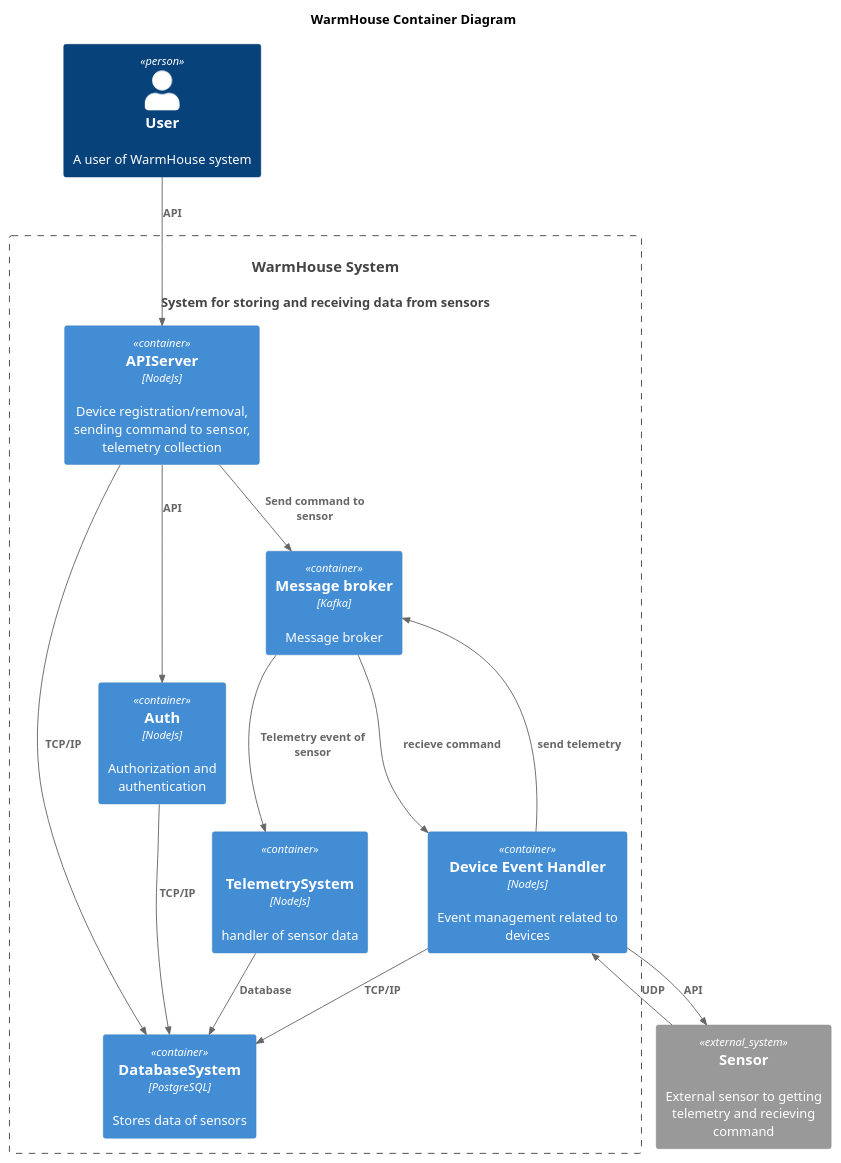
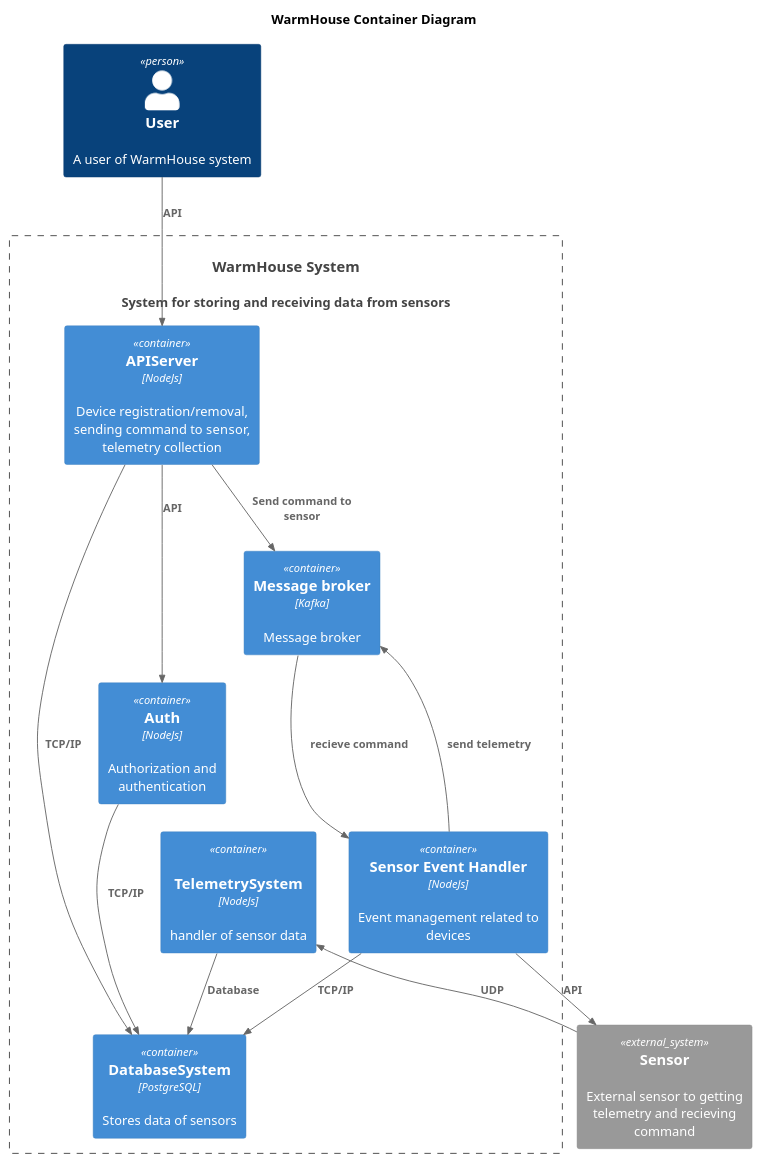
One commit to ikutin6543/architecture-pro-warmhouse changed the diagram in diagrams/containers/containers.puml. Above: the diagram before and after it, drawn with PlantUML. The commit also changed 27 other files, not shown here.

```diff
--- a/diagrams/containers/containers.puml
+++ b/diagrams/containers/containers.puml
@@ -1,42 +1,44 @@
 @startuml
 title WarmHouse Container Diagram
 
 top to bottom direction
 
 !includeurl https://raw.githubusercontent.com/RicardoNiepel/C4-PlantUML/master/C4_Component.puml
 
 Person(User, "User", "A user of WarmHouse system")
 
 System(WarmHouse, "WarmHouse System", "System for storing and receiving data from sensors")
 
 Container_Boundary(WarmHouse, "WarmHouse System") {
   Container(Database, "DatabaseSystem", "PostgreSQL", "Stores data of sensors")
   Container(Telemetry, "TelemetrySystem", "NodeJs", "handler of sensor data", "NodeJs")
   Container(Broker, "Message broker", "Kafka", "Message broker")
   Container(Auth, "Auth", "NodeJs", "Authorization and authentication")
-  Container(SensorEventHandler, "Device Event Handler", "NodeJs", "Event management related to devices")
+  Container(SensorEventHandler, "Sensor Event Handler", "NodeJs", "Event management related to devices")
   Container(APIServer, "APIServer", "NodeJs", "Device registration/removal, sending command to sensor, telemetry collection")
 }
 
 System_Ext(Sensor, "Sensor", "External sensor to getting telemetry and recieving command")
 
 Rel(Auth,Database,"TCP/IP")
 
-Rel(Sensor,SensorEventHandler,"UDP")
 Rel(SensorEventHandler,Sensor,"API")
 
 Rel(Broker,SensorEventHandler,"recieve command")
 Rel(SensorEventHandler,Broker,"send telemetry")
 
 Rel(SensorEventHandler,Database,"TCP/IP")
 
 Rel(APIServer,Auth,"API")
 
 Rel(APIServer,Database,"TCP/IP")
 Rel(APIServer,Broker,"Send command to sensor")
 
 Rel(Telemetry,Database,Database)
-Rel(Broker,Telemetry,"Telemetry event of sensor")
+
+
+Rel(Sensor,Telemetry,"UDP")
+
 
 Rel(User,APIServer,"API")
 @enduml
```
